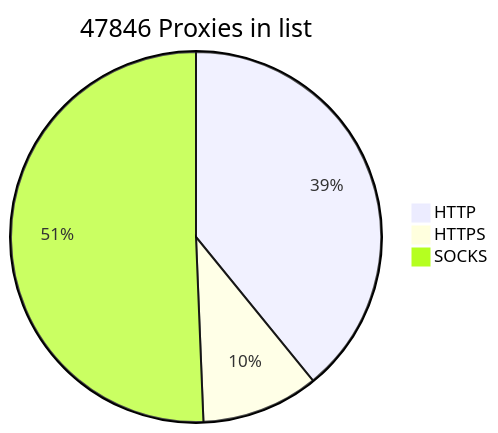
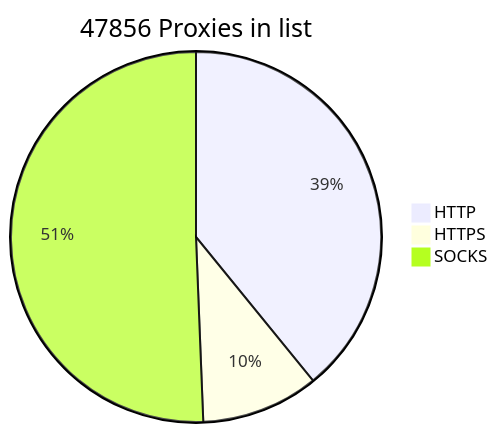
The diagram in README.md (BlackSnowDot/proxylist-update-every-minute), drawn with Mermaid before and after one commit.

````diff
--- a/README.md
+++ b/README.md
@@ -2,6 +2,6 @@
 ```mermaid
-pie title 47846 Proxies in list
-    "HTTP" : 20566
-    "HTTPS": 5381
-    "SOCKS" : 26622
+pie title 47856 Proxies in list
+    "HTTP" : 20571
+    "HTTPS": 5392
+    "SOCKS" : 26623
 ```
````
